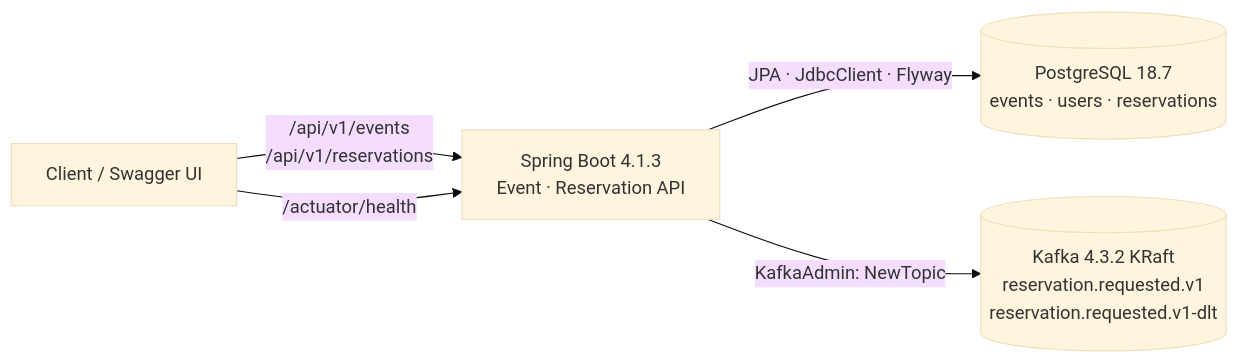
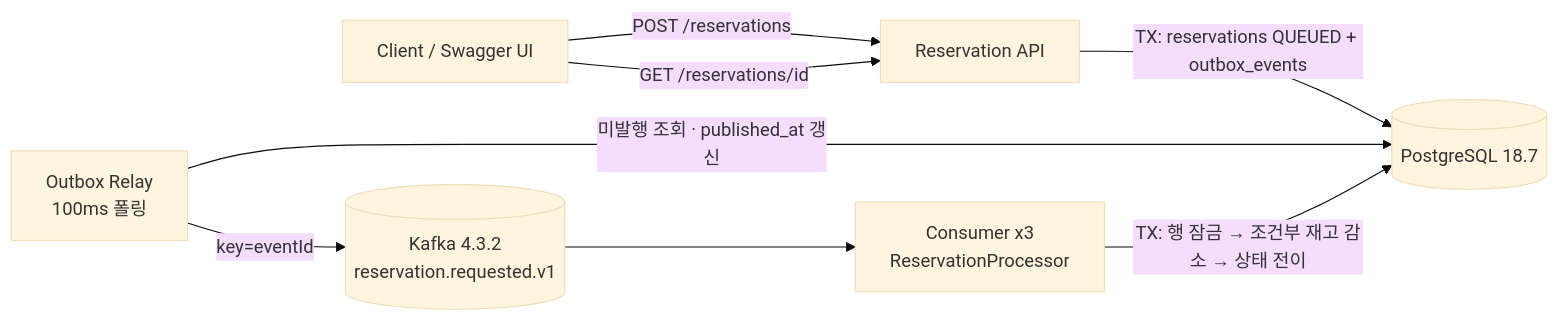
Before and after one commit to Ohhaeseo/ticketflow-kafka: the first of 3 diagrams in docs/architecture.md, drawn with Mermaid (base theme). The commit also changed other lines of this file and 5 other files, not shown here.

First line of the commit message:
docs: 3주차 Outbox·Consumer 반영 (PRD v1.2, 처리 흐름, 이벤트 계약)

````diff
--- a/docs/architecture.md
+++ b/docs/architecture.md
@@ -8,7 +8,10 @@
 ```mermaid
 flowchart LR
-  Client[Client / Swagger UI] -->|/api/v1/events<br/>/api/v1/reservations| API[Spring Boot 4.1.3<br/>Event · Reservation API]
-  API -->|JPA · JdbcClient · Flyway| PG[(PostgreSQL 18.7<br/>events · users · reservations)]
-  API -->|KafkaAdmin: NewTopic| K[(Kafka 4.3.2 KRaft<br/>reservation.requested.v1<br/>reservation.requested.v1-dlt)]
-  Client -->|/actuator/health| API
+  Client[Client / Swagger UI] -->|POST /reservations| API[Reservation API]
+  API -->|TX: reservations QUEUED + outbox_events| PG[(PostgreSQL 18.7)]
+  RELAY[Outbox Relay<br/>100ms 폴링] -->|미발행 조회 · published_at 갱신| PG
+  RELAY -->|key=eventId| K[(Kafka 4.3.2<br/>reservation.requested.v1)]
+  K --> C[Consumer x3<br/>ReservationProcessor]
+  C -->|TX: 행 잠금 → 조건부 재고 감소 → 상태 전이| PG
+  Client -->|GET /reservations/id| API
 ```
````
